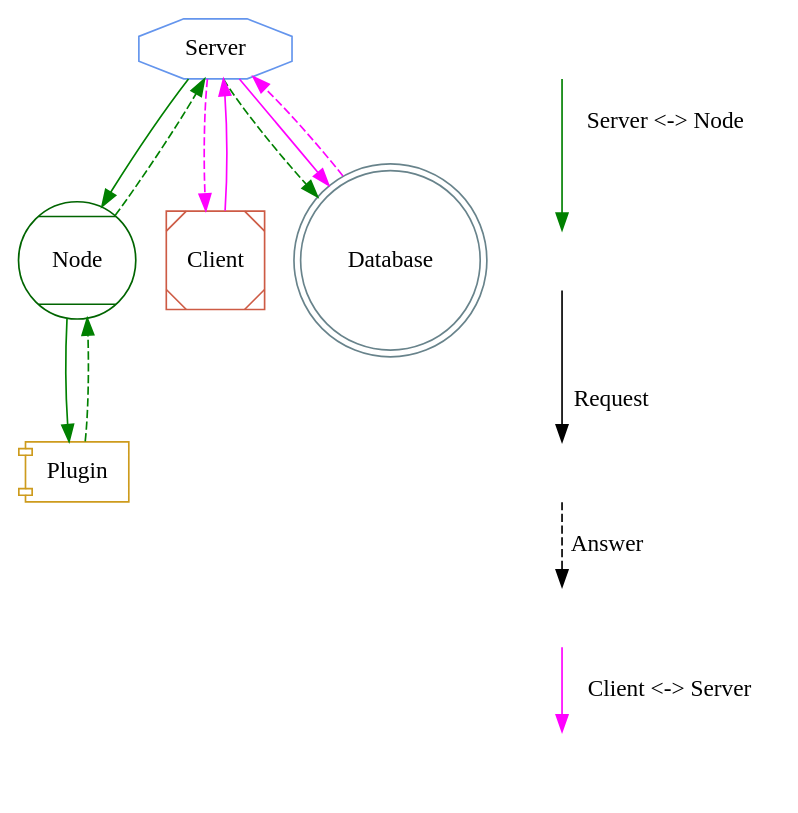
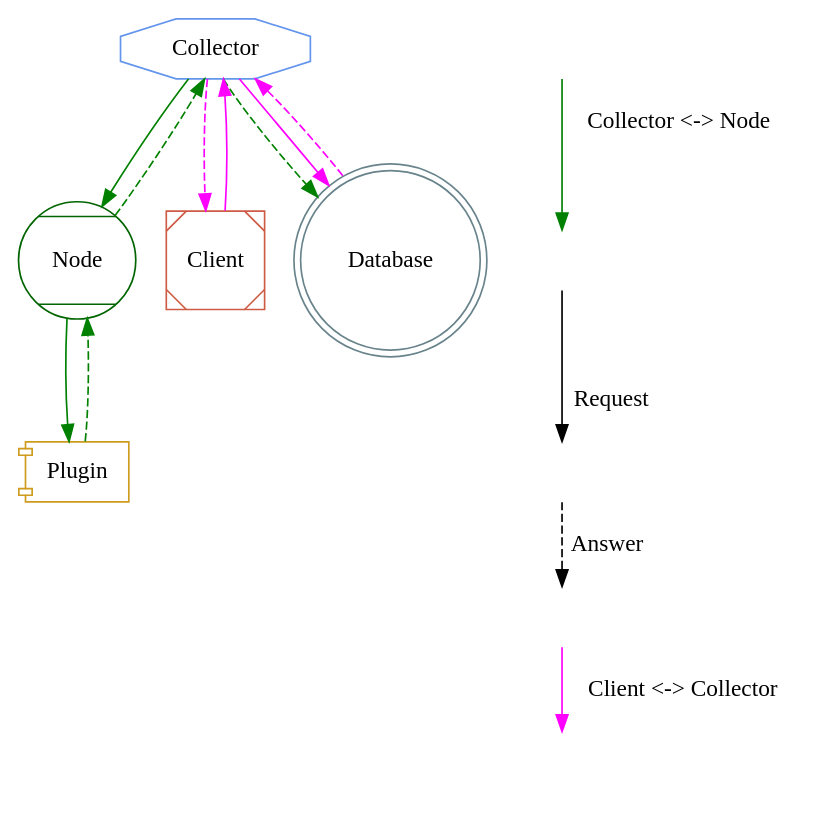
One commit to Sheridan/mon changed the diagram in trunk/doc/architecture/graph.dot. Above: the diagram before and after it, drawn with Graphviz. The commit also changed 1 other file, not shown here.

```diff
--- a/trunk/doc/architecture/graph.dot
+++ b/trunk/doc/architecture/graph.dot
@@ -1,42 +1,42 @@
 digraph G
 {
     node [shape=octagon, color=cornflowerblue];
-    mon_collector [label="Server"];
+    mon_collector [label="Collector"];
     node [shape=Mcircle, color=darkgreen];
     mon_node [label="Node"];
     node [shape=Msquare, color=coral3];
     mon_client [label="Client"];
     node [shape=component, color=goldenrod3];
     mon_plugin [label="Plugin"];
     node [shape=doublecircle, color=lightblue4];
     database [label="Database"];
 
     // collector to nodes
     edge [color=green, style=filled];
     mon_collector -> mon_node;
     mon_node -> mon_plugin;
     edge [style=dashed];
     mon_plugin -> mon_node;
     mon_node -> mon_collector;
     mon_collector -> database;
 
     // client to collector
     edge [color=magenta, style=filled];
     mon_client -> mon_collector;
     mon_collector -> database;
     edge [style=dashed];
     database -> mon_collector;
     mon_collector -> mon_client;
 
     // description
     node [color=black, shape=none, label=""];
     edge [color=black, style=filled];
     b->c [label="Request"];
     edge [style=dashed];
     c->d [label="Answer"];
     edge [color=green, style=filled];
-    a->b [label="Server <-> Node"];
+    a->b [label="Collector <-> Node"];
     edge [color=magenta, style=filled];
-    d->e [label="Client <-> Server"];
+    d->e [label="Client <-> Collector"];
     
 }
```
